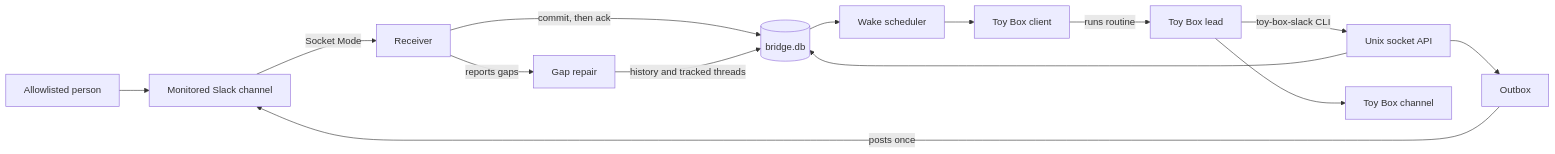
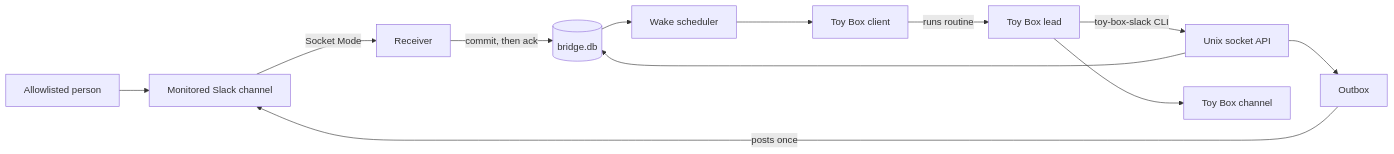
The diagram in AGENTS.md (avanderhoorn/toy-box-connectors), drawn with Mermaid before and after one commit. The commit also changed other lines of this file and 63 other files, not shown here.

````diff
--- a/AGENTS.md
+++ b/AGENTS.md
@@ -11,16 +11,14 @@
 ```mermaid
 flowchart LR
     Person[Allowlisted person] --> Slack[Monitored Slack channel]
     Slack -->|Socket Mode| Receiver[Receiver]
     Receiver -->|commit, then ack| Database[(bridge.db)]
-    Receiver -->|reports gaps| Repair[Gap repair]
-    Repair -->|history and tracked threads| Database
     Database --> Scheduler[Wake scheduler]
     Scheduler --> ToyBox[Toy Box client]
     ToyBox -->|runs routine| Lead[Toy Box lead]
     Lead -->|toy-box-slack CLI| Socket[Unix socket API]
     Socket --> Database
     Socket --> Outbox[Outbox]
     Outbox -->|posts once| Slack
     Lead --> Channel[Toy Box channel]
 ```
````
